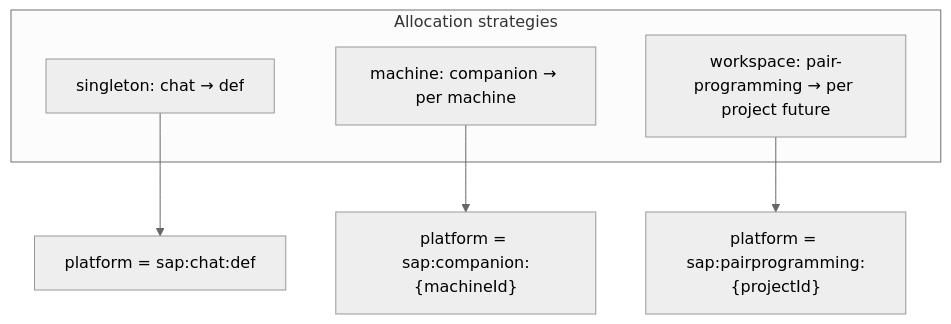
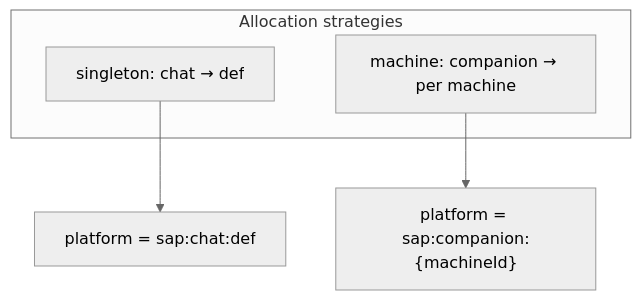
The first of 2 diagrams in docs/sap/satellite-guide.md (freeanima-org/freeanima), drawn with Mermaid (neutral theme) before and after one commit. The commit also changed other lines of this file and 2205 other files, not shown here.

````diff
--- a/docs/sap/satellite-guide.md
+++ b/docs/sap/satellite-guide.md
@@ -63,11 +57,9 @@
 ```mermaid
 flowchart TB
   subgraph policies [Allocation strategies]
     Singleton["singleton: chat → def"]
     Machine["machine: companion → per machine"]
-    Workspace["workspace: pair-programming → per project future"]
   end
   Singleton --> Platform1["platform = sap:chat:def"]
   Machine --> Platform2["platform = sap:companion:{machineId}"]
-  Workspace --> Platform3["platform = sap:pairprogramming:{projectId}"]
 ```
````
